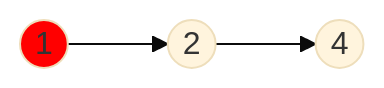
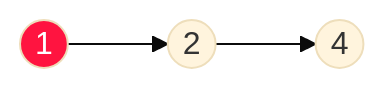
One commit to Leezgion/example-repository changed the diagram in README.md. Above: the diagram before and after it, drawn with Mermaid (base theme).

````diff
--- a/README.md
+++ b/README.md
@@ -3,5 +3,5 @@
 ```mermaid
 flowchart LR
     A((1)) --> B((2)) -->C((4))
-    style A fill:red
+    style A fill:#ff1440,color:#fff
 ```
````
